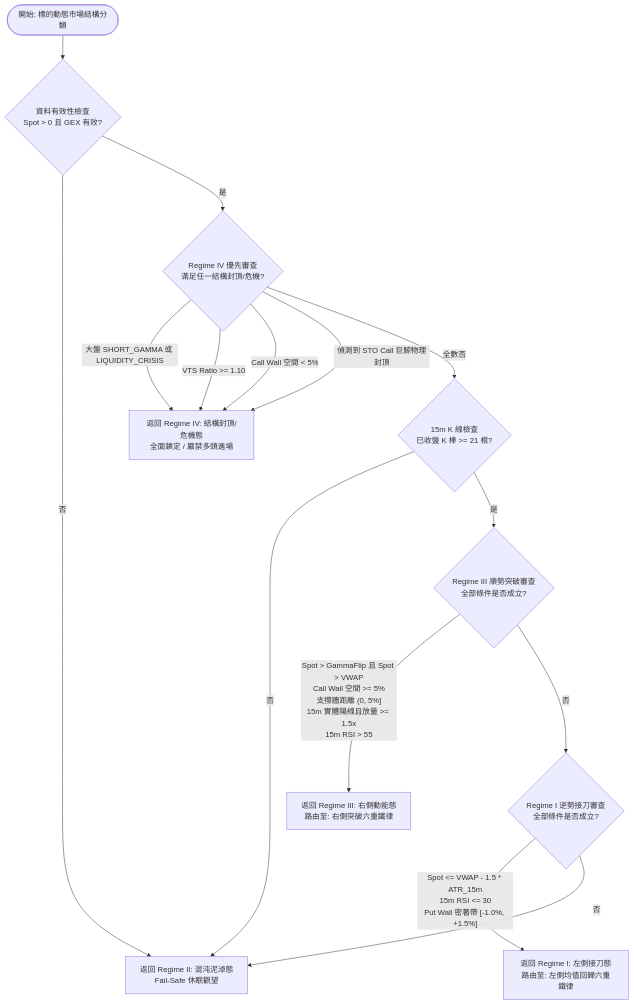
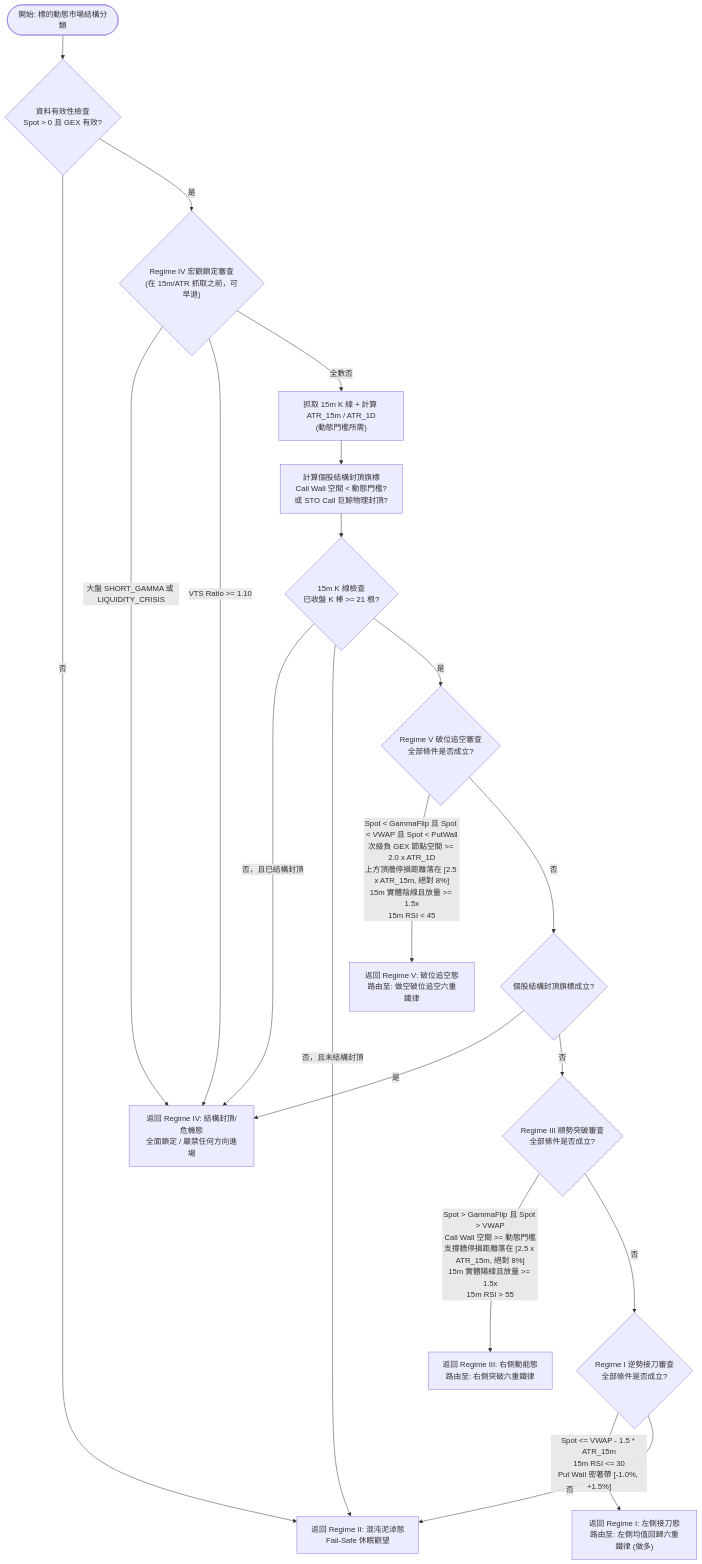
Before and after one commit to cosmo-chang-1701/nexus-seeker: the diagram in docs/strategies/01_regime_routing_matrix.md, drawn with Mermaid. The commit also changed other lines of this file and 59 other files, not shown here.

````diff
--- a/docs/strategies/01_regime_routing_matrix.md
+++ b/docs/strategies/01_regime_routing_matrix.md
@@ -68,23 +84,31 @@
 ```mermaid
 flowchart TD
     Start([開始: 標的動態市場結構分類]) --> CheckData{"資料有效性檢查<br/>Spot > 0 且 GEX 有效?"}
     CheckData -- 否 --> ReturnRegimeII["返回 Regime II: 混沌泥淖態<br/>Fail-Safe 休眠觀望"]
-    CheckData -- 是 --> CheckRegimeIV{"Regime IV 優先審查<br/>滿足任一結構封頂/危機?"}
+    CheckData -- 是 --> CheckMacro{"Regime IV 宏觀鎖定審查<br/>(在 15m/ATR 抓取之前，可早退)"}
 
-    CheckRegimeIV -- 大盤 SHORT_GAMMA 或 LIQUIDITY_CRISIS --> ReturnRegimeIV["返回 Regime IV: 結構封頂/危機態<br/>全面鎖定 / 嚴禁多頭進場"]
-    CheckRegimeIV -- VTS Ratio >= 1.10 --> ReturnRegimeIV
-    CheckRegimeIV -- Call Wall 空間 < 5% --> ReturnRegimeIV
-    CheckRegimeIV -- 偵測到 STO Call 巨鯨物理封頂 --> ReturnRegimeIV
+    CheckMacro -- 大盤 SHORT_GAMMA 或 LIQUIDITY_CRISIS --> ReturnRegimeIV["返回 Regime IV: 結構封頂/危機態<br/>全面鎖定 / 嚴禁任何方向進場"]
+    CheckMacro -- VTS Ratio >= 1.10 --> ReturnRegimeIV
 
-    CheckRegimeIV -- 全數否 --> CheckBars{"15m K 線檢查<br/>已收盤 K 棒 >= 21 根?"}
-    CheckBars -- 否 --> ReturnRegimeII
-    CheckBars -- 是 --> CheckRegimeIII{"Regime III 順勢突破審查<br/>全部條件是否成立?"}
+    CheckMacro -- 全數否 --> Fetch["抓取 15m K 線 + 計算 ATR_15m / ATR_1D<br/>(動態門檻所需)"]
+    Fetch --> CheckCap["計算個股結構封頂旗標<br/>Call Wall 空間 < 動態門檻?<br/>或 STO Call 巨鯨物理封頂?"]
+    CheckCap --> CheckBars{"15m K 線檢查<br/>已收盤 K 棒 >= 21 根?"}
 
-    CheckRegimeIII -- "Spot > GammaFlip 且 Spot > VWAP<br/>Call Wall 空間 >= 5%<br/>支撐牆距離 (0, 5%]<br/>15m 實體陽線且放量 >= 1.5x<br/>15m RSI > 55" --> ReturnRegimeIII["返回 Regime III: 右側動能態<br/>路由至: 右側突破六重鐵律"]
+    CheckBars -- "否，且已結構封頂" --> ReturnRegimeIV
+    CheckBars -- "否，且未結構封頂" --> ReturnRegimeII
+    CheckBars -- 是 --> CheckRegimeV{"Regime V 破位追空審查<br/>全部條件是否成立?"}
+
+    CheckRegimeV -- "Spot < GammaFlip 且 Spot < VWAP 且 Spot < PutWall<br/>次級負 GEX 節點空間 >= 2.0 x ATR_1D<br/>上方頂牆停損距離落在 [2.5 x ATR_15m, 絕對 8%]<br/>15m 實體陰線且放量 >= 1.5x<br/>15m RSI < 45" --> ReturnRegimeV["返回 Regime V: 破位追空態<br/>路由至: 做空破位追空六重鐵律"]
+
+    CheckRegimeV -- 否 --> CheckCapGate{"個股結構封頂旗標成立?"}
+    CheckCapGate -- 是 --> ReturnRegimeIV
+    CheckCapGate -- 否 --> CheckRegimeIII{"Regime III 順勢突破審查<br/>全部條件是否成立?"}
+
+    CheckRegimeIII -- "Spot > GammaFlip 且 Spot > VWAP<br/>Call Wall 空間 >= 動態門檻<br/>支撐牆停損距離落在 [2.5 x ATR_15m, 絕對 8%]<br/>15m 實體陽線且放量 >= 1.5x<br/>15m RSI > 55" --> ReturnRegimeIII["返回 Regime III: 右側動能態<br/>路由至: 右側突破六重鐵律"]
 
     CheckRegimeIII -- 否 --> CheckRegimeI{"Regime I 逆勢接刀審查<br/>全部條件是否成立?"}
 
-    CheckRegimeI -- "Spot <= VWAP - 1.5 * ATR_15m<br/>15m RSI <= 30<br/>Put Wall 密著帶 [-1.0%, +1.5%]" --> ReturnRegimeI["返回 Regime I: 左側接刀態<br/>路由至: 左側均值回歸六重鐵律"]
+    CheckRegimeI -- "Spot <= VWAP - 1.5 * ATR_15m<br/>15m RSI <= 30<br/>Put Wall 密著帶 [-1.0%, +1.5%]" --> ReturnRegimeI["返回 Regime I: 左側接刀態<br/>路由至: 左側均值回歸六重鐵律 (做多)"]
 
     CheckRegimeI -- 否 --> ReturnRegimeII
 ```
````
